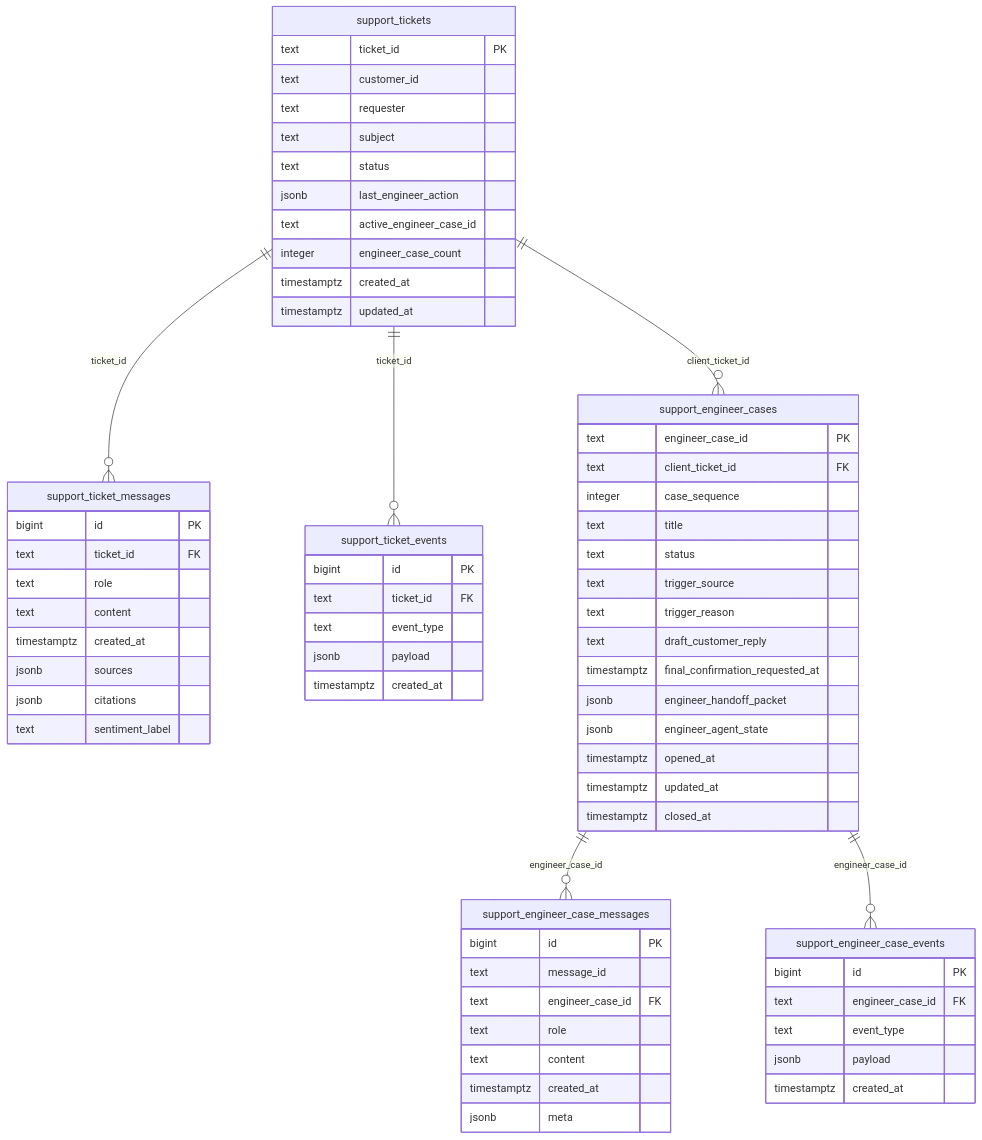
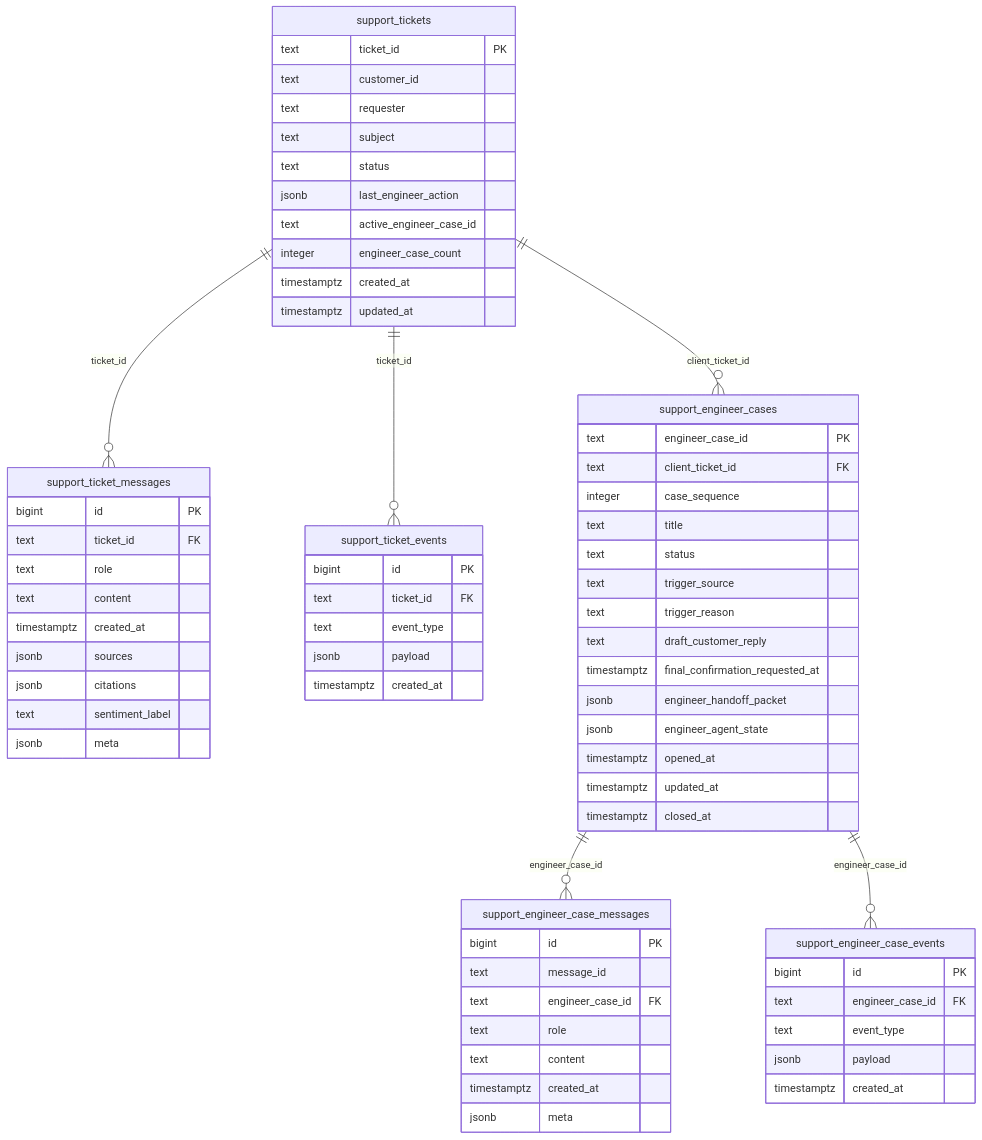
Before and after one commit to ZilingXie/SupportPortal: the diagram in docs/ticket_db_architecture.md, drawn with Mermaid. The commit also changed other lines of this file and 18 other files, not shown here.

````diff
--- a/docs/ticket_db_architecture.md
+++ b/docs/ticket_db_architecture.md
@@ -3,75 +3,76 @@
 ```mermaid
 erDiagram
     support_tickets ||--o{ support_ticket_messages : "ticket_id"
     support_tickets ||--o{ support_ticket_events : "ticket_id"
     support_tickets ||--o{ support_engineer_cases : "client_ticket_id"
     support_engineer_cases ||--o{ support_engineer_case_messages : "engineer_case_id"
     support_engineer_cases ||--o{ support_engineer_case_events : "engineer_case_id"
 
     support_tickets {
         text ticket_id PK
         text customer_id
         text requester
         text subject
         text status
         jsonb last_engineer_action
         text active_engineer_case_id
         integer engineer_case_count
         timestamptz created_at
         timestamptz updated_at
     }
 
     support_ticket_messages {
         bigint id PK
         text ticket_id FK
         text role
         text content
         timestamptz created_at
         jsonb sources
         jsonb citations
         text sentiment_label
+        jsonb meta
     }
 
     support_ticket_events {
         bigint id PK
         text ticket_id FK
         text event_type
         jsonb payload
         timestamptz created_at
     }
 
     support_engineer_cases {
         text engineer_case_id PK
         text client_ticket_id FK
         integer case_sequence
         text title
         text status
         text trigger_source
         text trigger_reason
         text draft_customer_reply
         timestamptz final_confirmation_requested_at
         jsonb engineer_handoff_packet
         jsonb engineer_agent_state
         timestamptz opened_at
         timestamptz updated_at
         timestamptz closed_at
     }
 
     support_engineer_case_messages {
         bigint id PK
         text message_id
         text engineer_case_id FK
         text role
         text content
         timestamptz created_at
         jsonb meta
     }
 
     support_engineer_case_events {
         bigint id PK
         text engineer_case_id FK
         text event_type
         jsonb payload
         timestamptz created_at
     }
 ```
````
